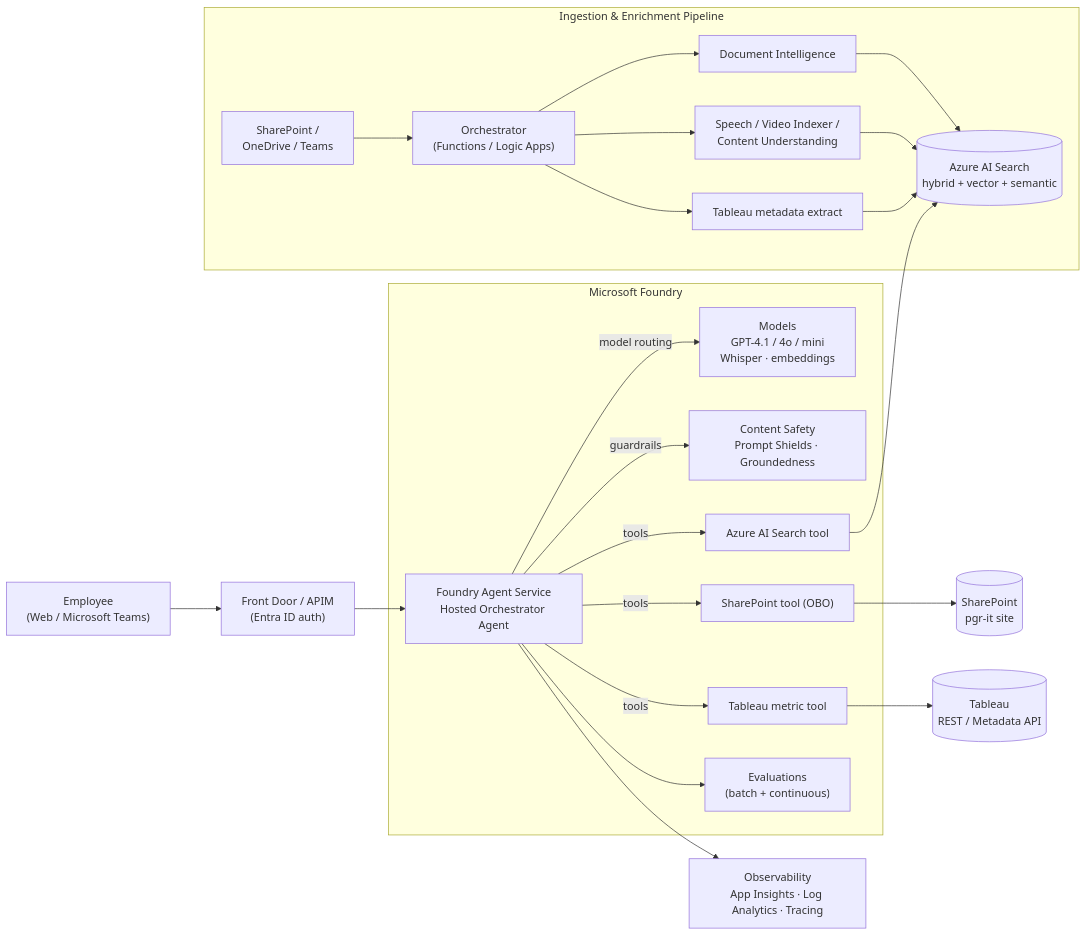
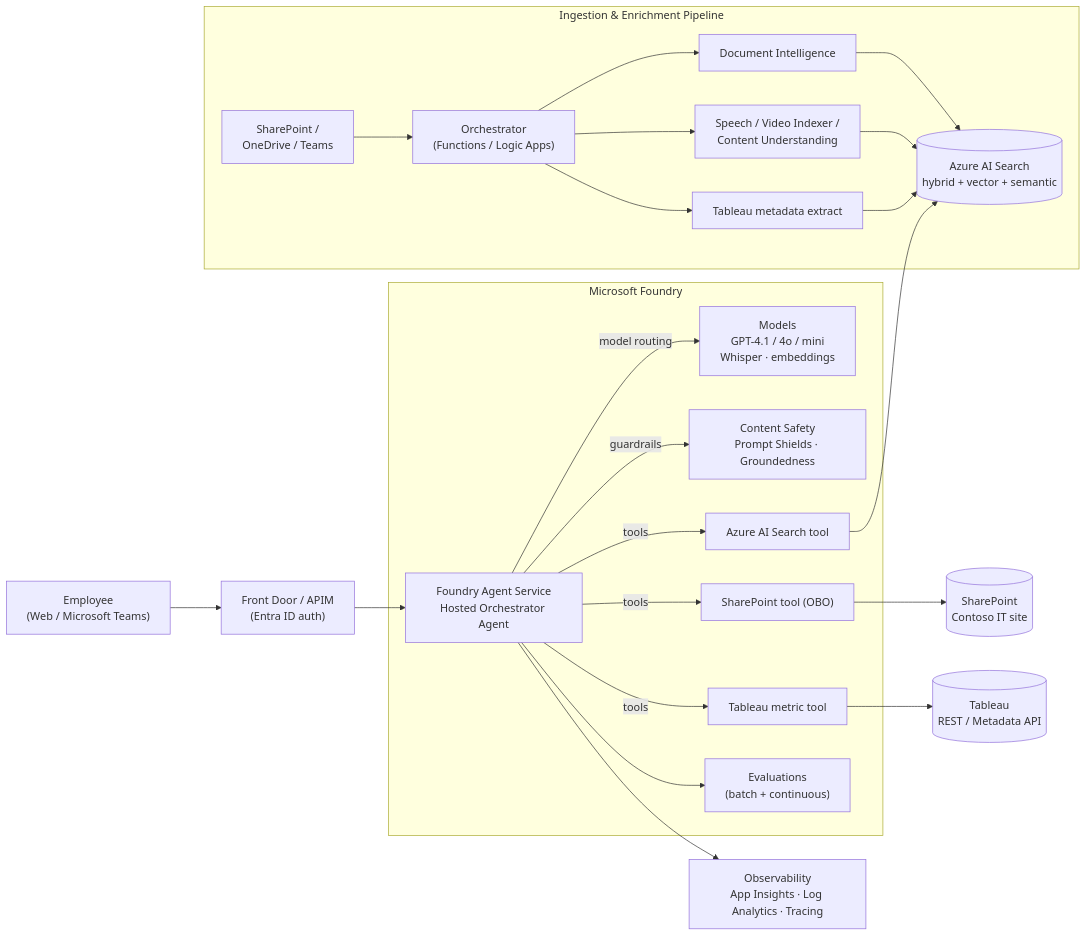
Before and after one commit to mkabukcu7/sharepoint-foundry: the first of 5 diagrams in docs/02-architecture.md, drawn with Mermaid. The commit also changed other lines of this file and 17 other files, not shown here.

````diff
--- a/docs/02-architecture.md
+++ b/docs/02-architecture.md
@@ -37,30 +37,30 @@
 ```mermaid
 flowchart LR
     U["Employee<br/>(Web / Microsoft Teams)"] --> FD["Front Door / APIM<br/>(Entra ID auth)"]
     FD --> AG["Foundry Agent Service<br/>Hosted Orchestrator Agent"]
 
     subgraph Foundry["Microsoft Foundry"]
         AG -->|model routing| M["Models<br/>GPT-4.1 / 4o / mini<br/>Whisper · embeddings"]
         AG -->|guardrails| CS["Content Safety<br/>Prompt Shields · Groundedness"]
         AG -->|tools| T1["Azure AI Search tool"]
         AG -->|tools| T2["SharePoint tool (OBO)"]
         AG -->|tools| T3["Tableau metric tool"]
         AG --> EV["Evaluations<br/>(batch + continuous)"]
     end
 
     T1 --> IDX[("Azure AI Search<br/>hybrid + vector + semantic")]
-    T2 --> SP[("SharePoint<br/>pgr-it site")]
+    T2 --> SP[("SharePoint<br/>Contoso IT site")]
     T3 --> TB[("Tableau<br/>REST / Metadata API")]
 
     subgraph Ingest["Ingestion & Enrichment Pipeline"]
         SP2["SharePoint /<br/>OneDrive / Teams"] --> ORCH["Orchestrator<br/>(Functions / Logic Apps)"]
         ORCH --> DI["Document Intelligence"]
         ORCH --> SPEECH["Speech / Video Indexer /<br/>Content Understanding"]
         ORCH --> TBX["Tableau metadata extract"]
         DI --> IDX
         SPEECH --> IDX
         TBX --> IDX
     end
 
     AG --> OBS["Observability<br/>App Insights · Log Analytics · Tracing"]
 ```
````
